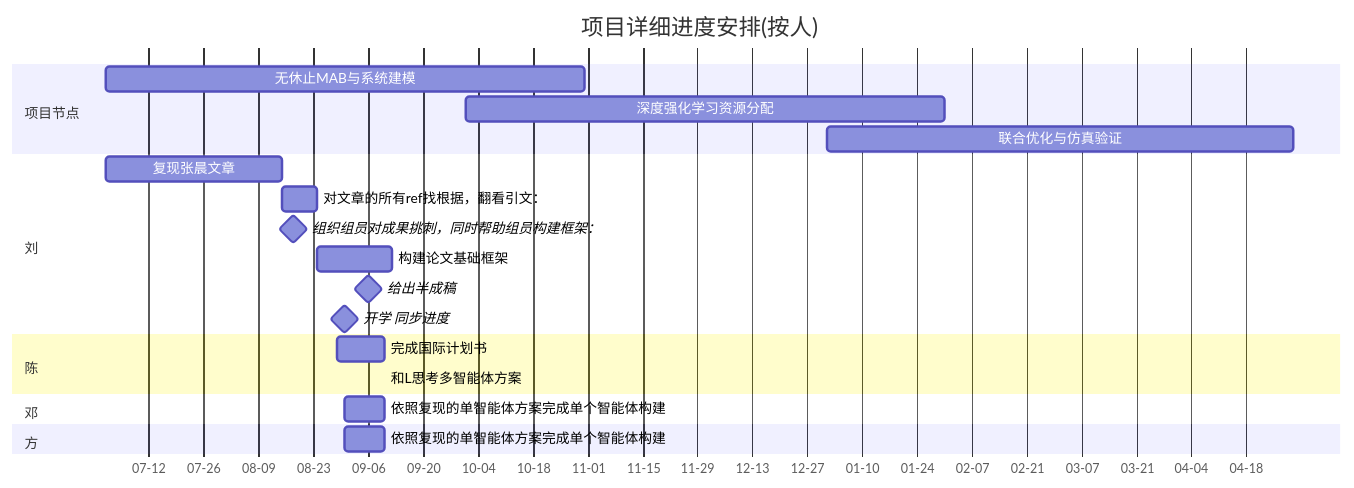
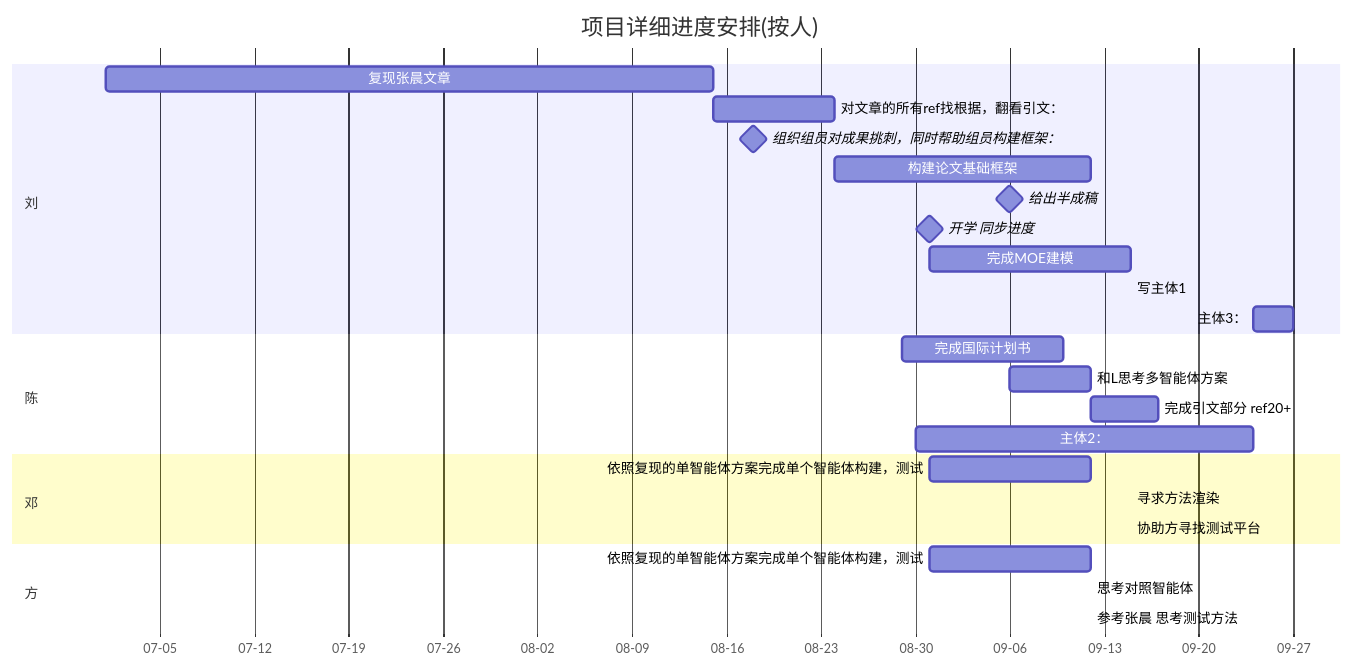
The first of 5 diagrams in 日程规划/总体日程表同步.md (Carlos-2564/ForTest1), drawn with Mermaid before and after one commit. The commit also changed 1 other file, not shown here.

Commit message:
计划进度

````diff
--- a/日程规划/总体日程表同步.md
+++ b/日程规划/总体日程表同步.md
@@ -1,30 +1,31 @@
 ```mermaid
 gantt
     title 项目详细进度安排(按人)
     dateFormat YY-MM-DD
     axisFormat %m-%d
-    tickInterval 2week
-    section 项目节点
-            无休止MAB与系统建模 :a2,26-07-01, 26-10-31
-            深度强化学习资源分配:a3,26-10-01, 27-01-31
-            联合优化与仿真验证 :a4,27-01-01, 27-04-30
+    tickInterval 1d
+
     section 刘
         复现张晨文章:l1,26-07-01,26-08-15
         对文章的所有ref找根据，翻看引文：:l2,after l1,9d
         组织组员对成果挑刺，同时帮助组员构建框架：:milestone,26-08-18,0d
         构建论文基础框架:l4,after l2,26-09-12 
         给出半成稿:milestone,l5,26-09-06,0d
         开学 同步进度:milestone,l3,26-08-31,0d
-        
+        完成MOE建模:L7,after l3,15d
+        写主体1:L6，26-09-19，26-09-22
+        主体3：:after c3,26-09-27
     section  陈
         完成国际计划书:26-08-29,26-09-10
-        和L思考多智能体方案:after l5，26-09-10
-        
-        
+        和L思考多智能体方案:c1,after l5,26-09-12
+        完成引文部分 ref20+:c2,after c1,26-09-17
+        主体2：:c3,after L6,26-09-24
     section 邓
-        依照复现的单智能体方案完成单个智能体构建:d1,after l3,26-09-10
+        依照复现的单智能体方案完成单个智能体构建，测试:d1,after l3,26-09-12
+        寻求方法渲染: d2,after L7 ,d3
+        协助方寻找测试平台: after d2,d2
     section 方
-        依照复现的单智能体方案完成单个智能体构建:f1,after l3,26-09-10
-        
-
+        依照复现的单智能体方案完成单个智能体构建，测试:f1,after l3,26-09-12
+        思考对照智能体:f2,after f1,d2
+        参考张晨 思考测试方法: f3,after f2,d6
 ```
````
